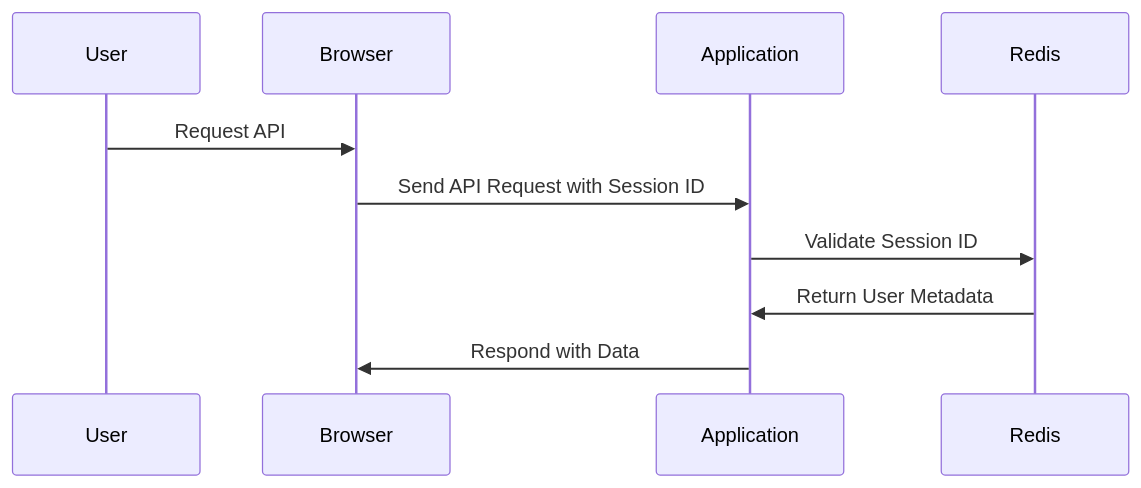
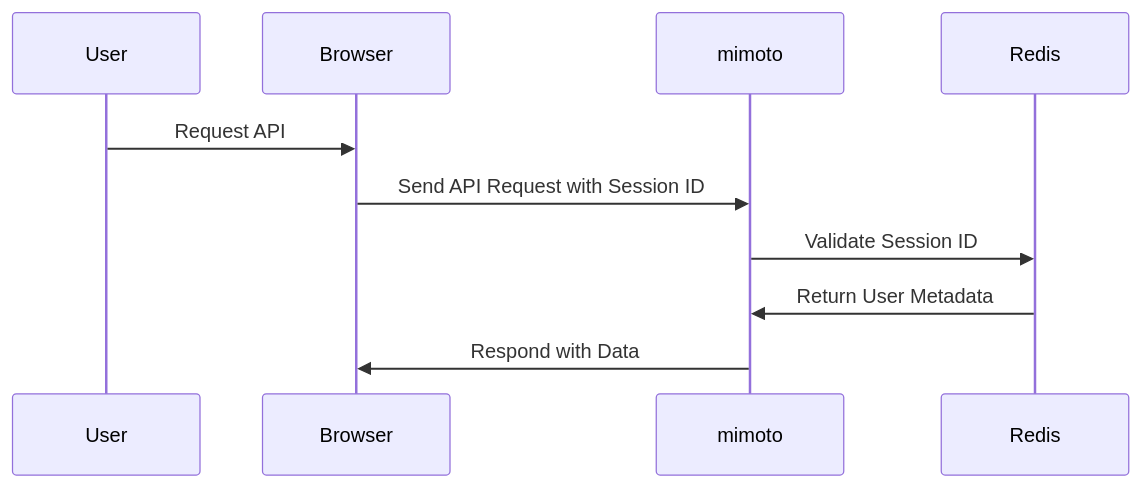
Before and after one commit to injibr/mimoto: the second of 2 diagrams in docs/GoogleOauth2LoginIntegration.md, drawn with Mermaid. The commit also changed other lines of this file, not shown here.

Commit message:
injiweb-1522 Incorporated feedback to add redis in login flow

````diff
--- a/docs/GoogleOauth2LoginIntegration.md
+++ b/docs/GoogleOauth2LoginIntegration.md
@@ -56,13 +60,13 @@
 ```mermaid
  sequenceDiagram
     participant User
     participant Browser
-    participant Application
+    participant mimoto
     participant Redis
 
     User->>Browser: Request API
-    Browser->>Application: Send API Request with Session ID
-    Application->>Redis: Validate Session ID
-    Redis->>Application: Return User Metadata
-    Application->>Browser: Respond with Data
+    Browser->>mimoto: Send API Request with Session ID
+    mimoto->>Redis: Validate Session ID
+    Redis->>mimoto: Return User Metadata
+    mimoto->>Browser: Respond with Data
 ```
````
